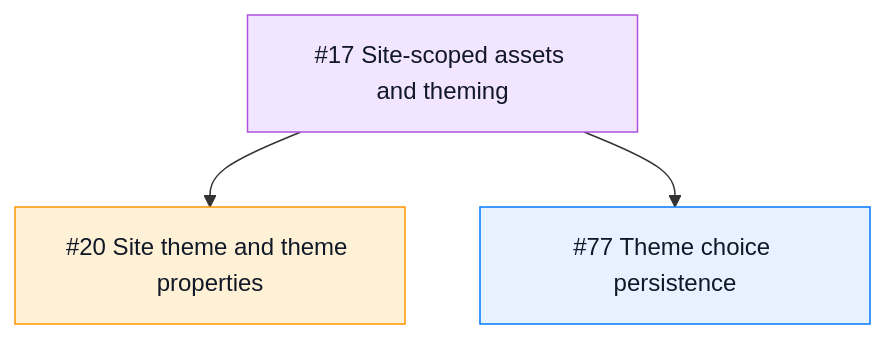
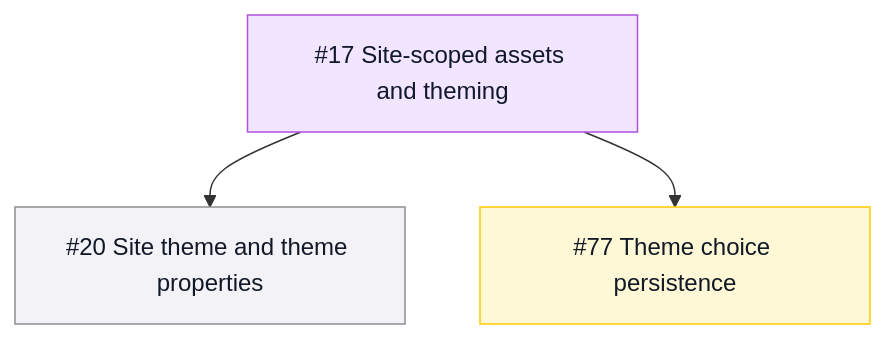
Before and after one commit to TileDown/tile-down: the fourth of 9 diagrams in README.md, drawn with Mermaid. The commit also changed other lines of this file, not shown here.

Commit message:
docs(readme): distinguish review roadmap state

````diff
--- a/README.md
+++ b/README.md
@@ -102,10 +105,10 @@
 ```mermaid
 flowchart TD
   Epic["#17 Site-scoped assets and theming"]:::epic
   Epic --> Theme["#20 Site theme and theme properties"]:::todo
-  Epic --> Persistence["#77 Theme choice persistence"]:::active
+  Epic --> Persistence["#77 Theme choice persistence"]:::review
 
   classDef epic fill:#f2e5ff,stroke:#af52de,color:#111827
-  classDef active fill:#e6f2ff,stroke:#007aff,color:#111827
-  classDef todo fill:#fff1d6,stroke:#ff9500,color:#111827
+  classDef review fill:#fff8d6,stroke:#ffcc00,color:#111827
+  classDef todo fill:#f2f2f7,stroke:#8e8e93,color:#111827
 ```
````
